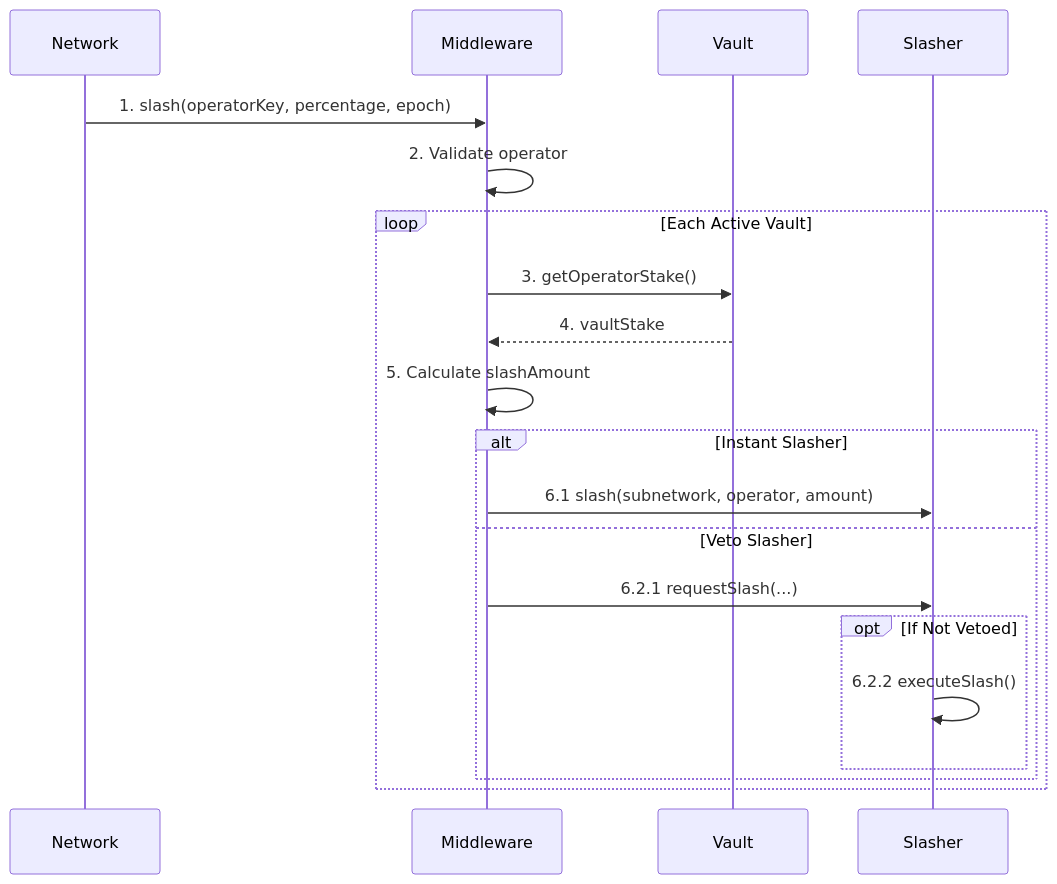
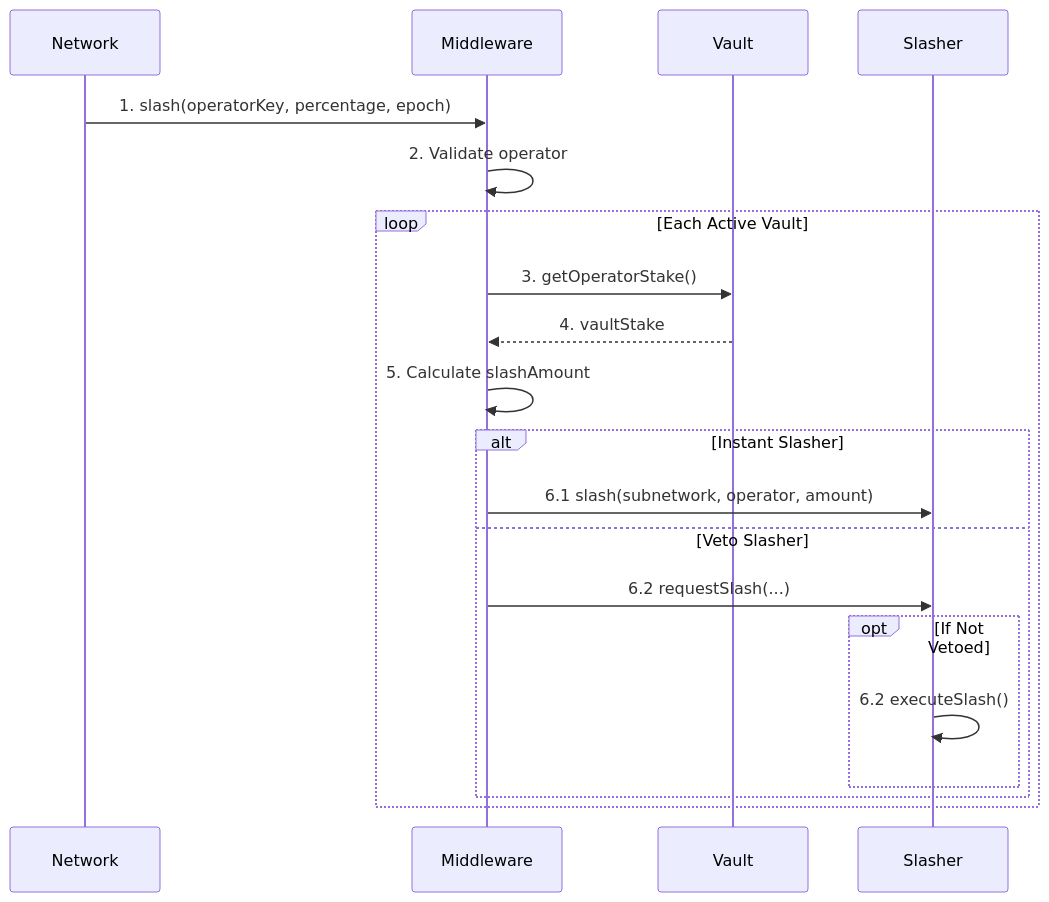
The fifth of 5 diagrams in learn/tanssi/external-security-providers/symbiotic.md (moondance-labs/tanssi-docs), drawn with Mermaid before and after one commit. The commit also changed other lines of this file, not shown here.

````diff
--- a/learn/tanssi/external-security-providers/symbiotic.md
+++ b/learn/tanssi/external-security-providers/symbiotic.md
@@ -204,23 +205,23 @@
 ```mermaid
 sequenceDiagram
     participant Network
     participant Middleware
     participant Vault
     participant Slasher
     
     Network->>Middleware: 1. slash(operatorKey, percentage, epoch)
     Middleware->>Middleware: 2. Validate operator
     loop Each Active Vault
         Middleware->>Vault: 3. getOperatorStake()
         Vault-->>Middleware: 4. vaultStake
         Middleware->>Middleware: 5. Calculate slashAmount
         alt Instant Slasher
             Middleware->>Slasher: 6.1 slash(subnetwork, operator, amount)
         else Veto Slasher
-            Middleware->>Slasher: 6.2.1 requestSlash(...)
+            Middleware->>Slasher: 6.2 requestSlash(...)
             opt If Not Vetoed
-                Slasher->>Slasher: 6.2.2 executeSlash()
+                Slasher->>Slasher: 6.2 executeSlash()
             end
         end
     end
 ```
````
